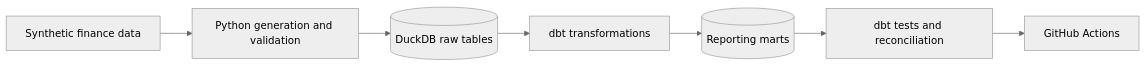
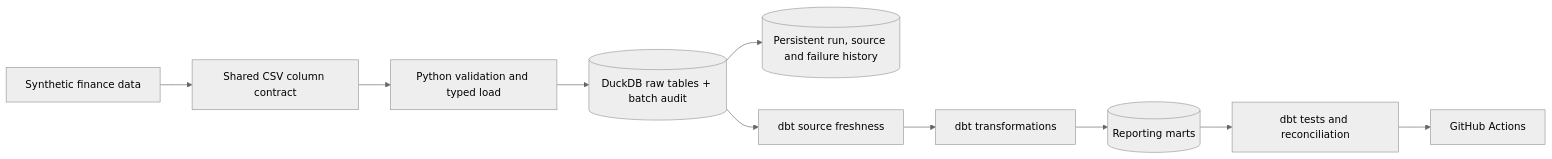
Before and after one commit to Wasim-Jussab/finance-analytics-engineering-portfolio: the diagram in README.md, drawn with Mermaid (neutral theme). The commit also changed other lines of this file and 23 other files, not shown here.

````diff
--- a/README.md
+++ b/README.md
@@ -11,9 +11,12 @@
 ```mermaid
 flowchart LR
-    A["Synthetic finance data"] --> B["Python generation and validation"]
-    B --> C[("DuckDB raw tables")]
-    C --> D["dbt transformations"]
+    A["Synthetic finance data"] --> B["Shared CSV column contract"]
+    B --> C["Python validation and typed load"]
+    C --> J[("DuckDB raw tables + batch audit")]
+    J --> I[("Persistent run, source and failure history")]
+    J --> H["dbt source freshness"]
+    H --> D["dbt transformations"]
     D --> E[("Reporting marts")]
     E --> F["dbt tests and reconciliation"]
     F --> G["GitHub Actions"]
 ```
````
